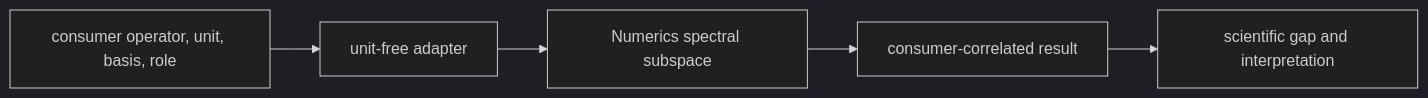
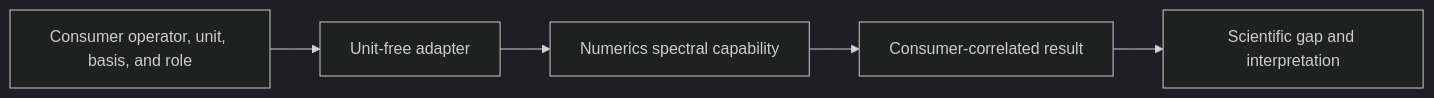
One commit to eragasa/projectkoios-optimization changed the sixth of 6 diagrams in docs/architecture/projectkoios/numerics/linalg/schematics.md. Above: the diagram before and after it, drawn with Mermaid (dark theme). The commit also changed other lines of this file and 23 other files, not shown here.

````diff
--- a/docs/architecture/projectkoios/numerics/linalg/schematics.md
+++ b/docs/architecture/projectkoios/numerics/linalg/schematics.md
@@ -70,10 +123,10 @@
 ```mermaid
 flowchart LR
-    C["consumer operator, unit, basis, role"]
-    A["unit-free adapter"]
-    N["Numerics spectral subspace"]
-    W["consumer-correlated result"]
-    S["scientific gap and interpretation"]
+    C[Consumer operator, unit, basis, and role]
+    A[Unit-free adapter]
+    N[Numerics spectral capability]
+    W[Consumer-correlated result]
+    S[Scientific gap and interpretation]
 
     C --> A --> N --> W --> S
 ```
````
